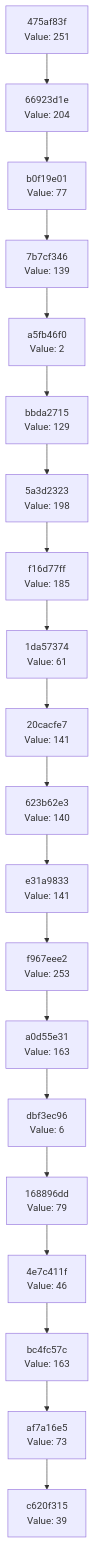
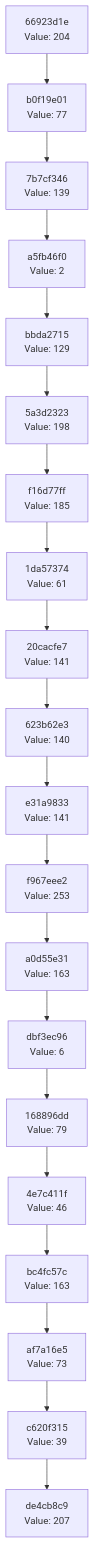
Before and after one commit to Abhisheksinha1506/hash-chain-evolver: the diagram in docs/CHAIN_VISUALIZATION.md, drawn with Mermaid. The commit also changed 1 other file, not shown here.

Commit message:
Evolution step: hash 0xCF → action executed

````diff
--- a/docs/CHAIN_VISUALIZATION.md
+++ b/docs/CHAIN_VISUALIZATION.md
@@ -3,42 +3,42 @@
 ```mermaid
 graph TD
-    C0["c620f315<br/>Value: 39"]
-    C1["af7a16e5<br/>Value: 73"]
+    C0["de4cb8c9<br/>Value: 207"]
+    C1["c620f315<br/>Value: 39"]
     C1 --> C0
-    C2["bc4fc57c<br/>Value: 163"]
+    C2["af7a16e5<br/>Value: 73"]
     C2 --> C1
-    C3["4e7c411f<br/>Value: 46"]
+    C3["bc4fc57c<br/>Value: 163"]
     C3 --> C2
-    C4["168896dd<br/>Value: 79"]
+    C4["4e7c411f<br/>Value: 46"]
     C4 --> C3
-    C5["dbf3ec96<br/>Value: 6"]
+    C5["168896dd<br/>Value: 79"]
     C5 --> C4
-    C6["a0d55e31<br/>Value: 163"]
+    C6["dbf3ec96<br/>Value: 6"]
     C6 --> C5
-    C7["f967eee2<br/>Value: 253"]
+    C7["a0d55e31<br/>Value: 163"]
     C7 --> C6
-    C8["e31a9833<br/>Value: 141"]
+    C8["f967eee2<br/>Value: 253"]
     C8 --> C7
-    C9["623b62e3<br/>Value: 140"]
+    C9["e31a9833<br/>Value: 141"]
     C9 --> C8
-    C10["20cacfe7<br/>Value: 141"]
+    C10["623b62e3<br/>Value: 140"]
     C10 --> C9
-    C11["1da57374<br/>Value: 61"]
+    C11["20cacfe7<br/>Value: 141"]
     C11 --> C10
-    C12["f16d77ff<br/>Value: 185"]
+    C12["1da57374<br/>Value: 61"]
     C12 --> C11
-    C13["5a3d2323<br/>Value: 198"]
+    C13["f16d77ff<br/>Value: 185"]
     C13 --> C12
-    C14["bbda2715<br/>Value: 129"]
+    C14["5a3d2323<br/>Value: 198"]
     C14 --> C13
-    C15["a5fb46f0<br/>Value: 2"]
+    C15["bbda2715<br/>Value: 129"]
     C15 --> C14
-    C16["7b7cf346<br/>Value: 139"]
+    C16["a5fb46f0<br/>Value: 2"]
     C16 --> C15
-    C17["b0f19e01<br/>Value: 77"]
+    C17["7b7cf346<br/>Value: 139"]
     C17 --> C16
-    C18["66923d1e<br/>Value: 204"]
+    C18["b0f19e01<br/>Value: 77"]
     C18 --> C17
-    C19["475af83f<br/>Value: 251"]
+    C19["66923d1e<br/>Value: 204"]
     C19 --> C18
 ```
````
